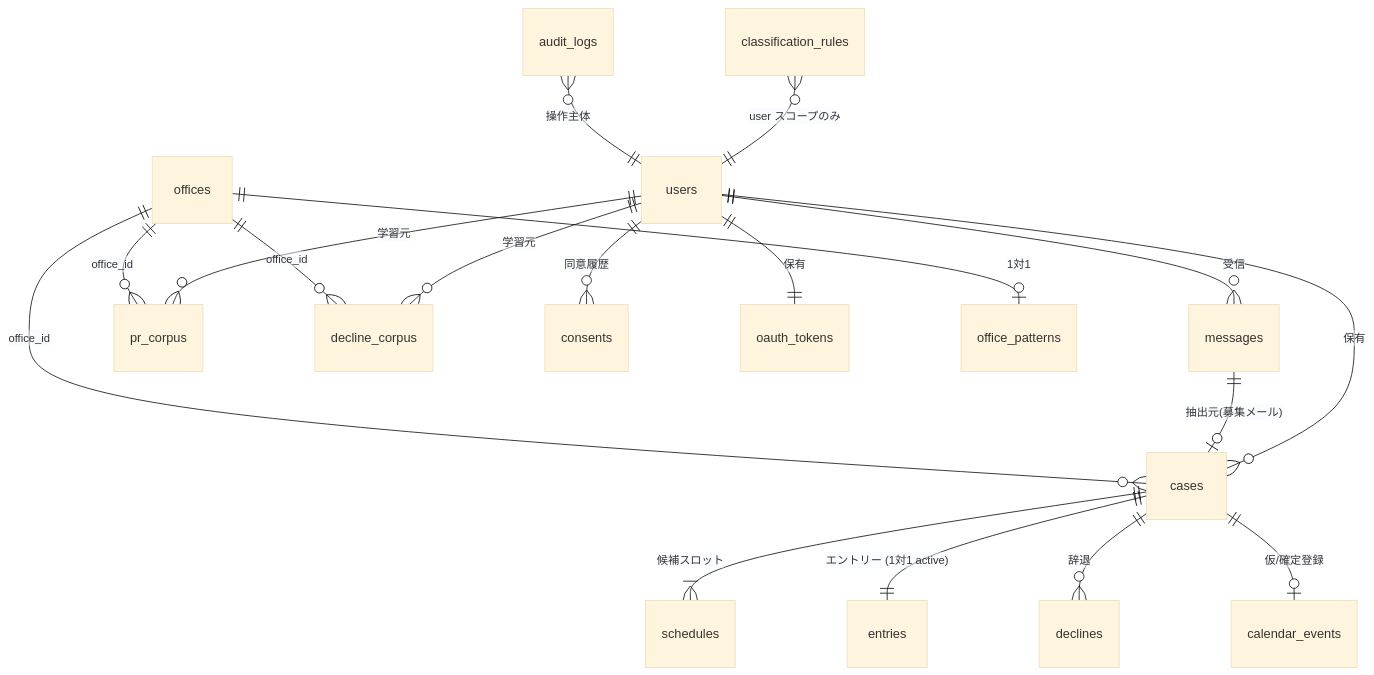
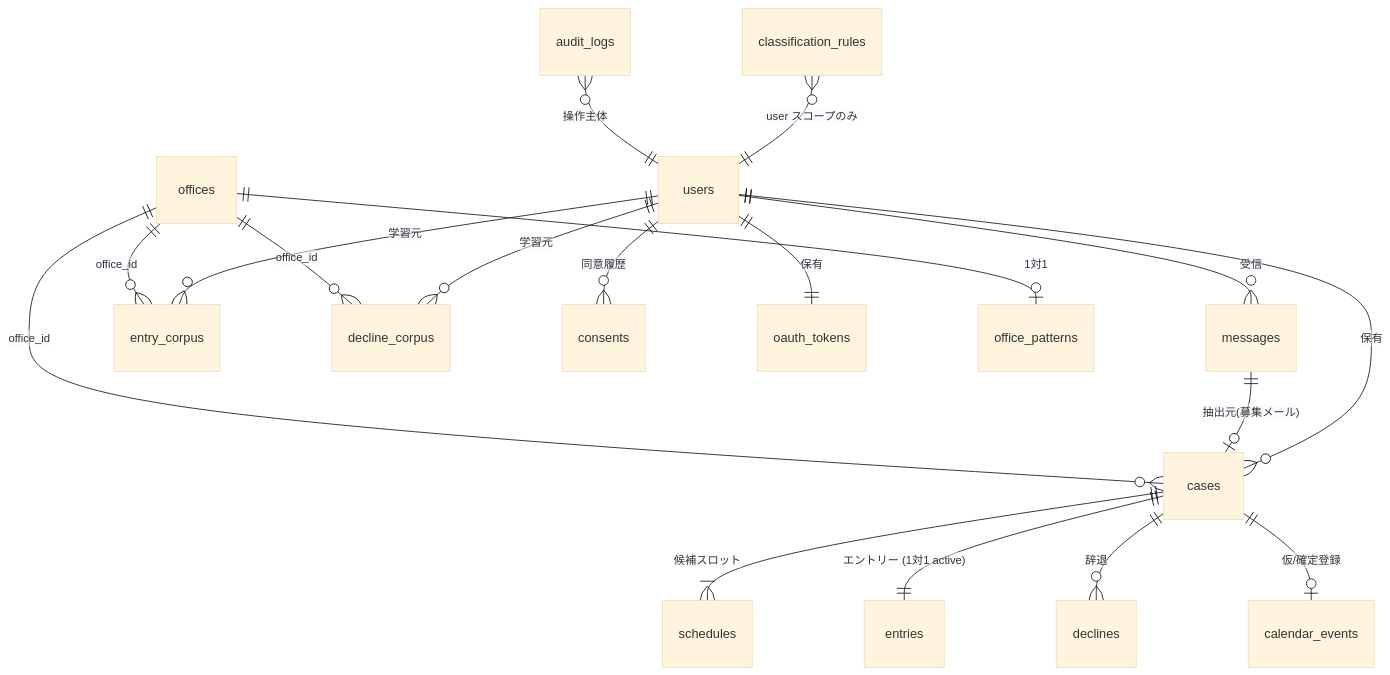
The fourth of 4 diagrams in aidlc-docs/inception/application-design/application-design.md (Nudel-LLC/auto-mc-operation), drawn with Mermaid (base theme) before and after one commit. The commit also changed other lines of this file and 8 other files, not shown here.

First line of the commit message:
docs: data-model.md 21件レビュー対応(rejected追加 / declines 1対1 active / pr_corpus→entry_corpus 改名 + 補足 15件)

````diff
--- a/aidlc-docs/inception/application-design/application-design.md
+++ b/aidlc-docs/inception/application-design/application-design.md
@@ -298,24 +298,24 @@
 ```mermaid
 erDiagram
     users ||--o{ messages : "受信"
     users ||--o{ cases : "保有"
-    users ||--o{ pr_corpus : "学習元"
+    users ||--o{ entry_corpus : "学習元"
     users ||--o{ decline_corpus : "学習元"
     users ||--o{ consents : "同意履歴"
     users ||--|| oauth_tokens : "保有"
 
     cases ||--|{ schedules : "候補スロット"
     cases ||--|| entries : "エントリー (1対1 active)"
     cases ||--o{ declines : "辞退"
     cases ||--o| calendar_events : "仮/確定登録"
 
     messages ||--o| cases : "抽出元(募集メール)"
 
     classification_rules }o--|| users : "user スコープのみ"
     offices ||--o| office_patterns : "1対1"
     offices ||--o{ cases : "office_id"
-    offices ||--o{ pr_corpus : "office_id"
+    offices ||--o{ entry_corpus : "office_id"
     offices ||--o{ decline_corpus : "office_id"
 
     audit_logs }o--|| users : "操作主体"
 ```
````
